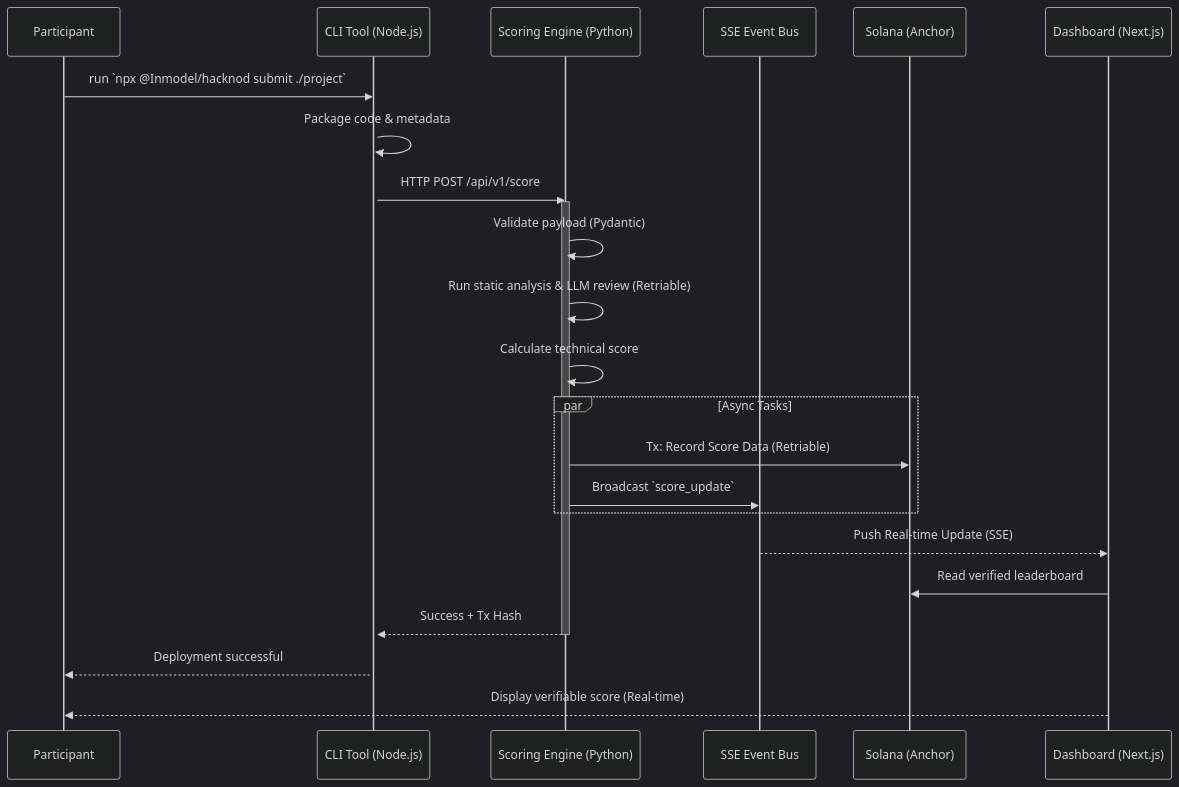
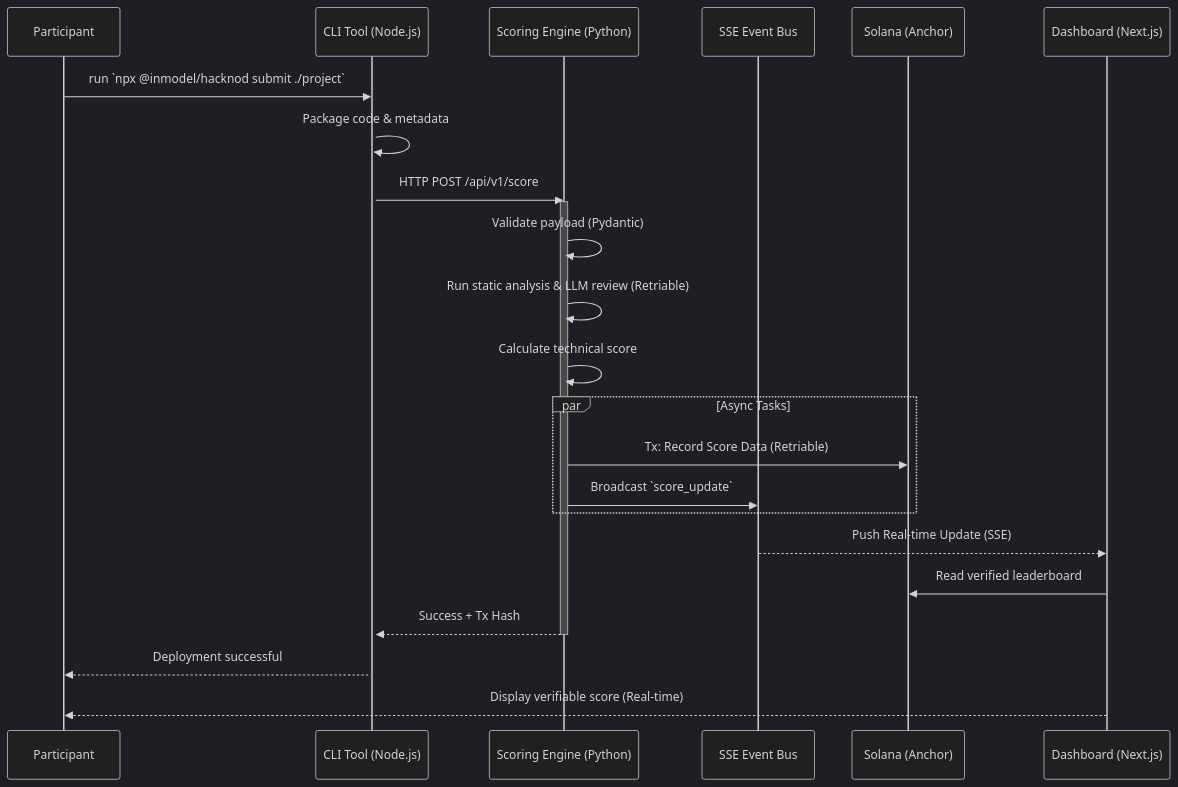
Before and after one commit to Inmodel/inmodel-c: the second of 2 diagrams in README.md, drawn with Mermaid (dark theme). The commit also changed other lines of this file and 6 other files, not shown here.

````diff
--- a/README.md
+++ b/README.md
@@ -45,33 +45,33 @@
 ```mermaid
 sequenceDiagram
     participant User as Participant
     participant CLI as CLI Tool (Node.js)
     participant Backend as Scoring Engine (Python)
     participant Bus as SSE Event Bus
     participant Chain as Solana (Anchor)
     participant Dash as Dashboard (Next.js)
     
-    User->>CLI: run `npx @Inmodel/hacknod submit ./project`
+    User->>CLI: run `npx @inmodel/hacknod submit ./project`
     activate CLI
     CLI->>CLI: Package code & metadata
     CLI->>Backend: HTTP POST /api/v1/score
     activate Backend
     
     Backend->>Backend: Validate payload (Pydantic)
     Backend->>Backend: Run static analysis & LLM review (Retriable)
     Backend->>Backend: Calculate technical score
     
     par Async Tasks
         Backend->>Chain: Tx: Record Score Data (Retriable)
         Backend->>Bus: Broadcast `score_update`
     end
     
     Bus-->>Dash: Push Real-time Update (SSE)
     Dash->>Chain: Read verified leaderboard
     
     Backend-->>CLI: Success + Tx Hash
     deactivate Backend
     CLI-->>User: Deployment successful
 
     Dash-->>User: Display verifiable score (Real-time)
 ```
````
